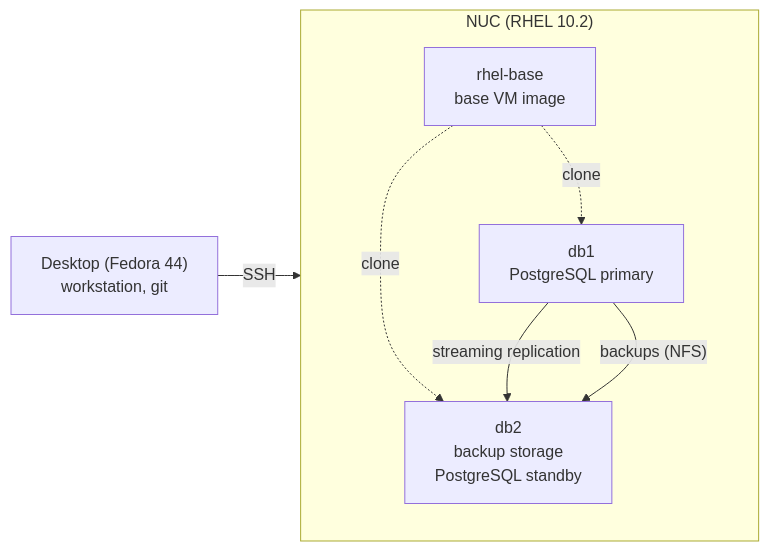
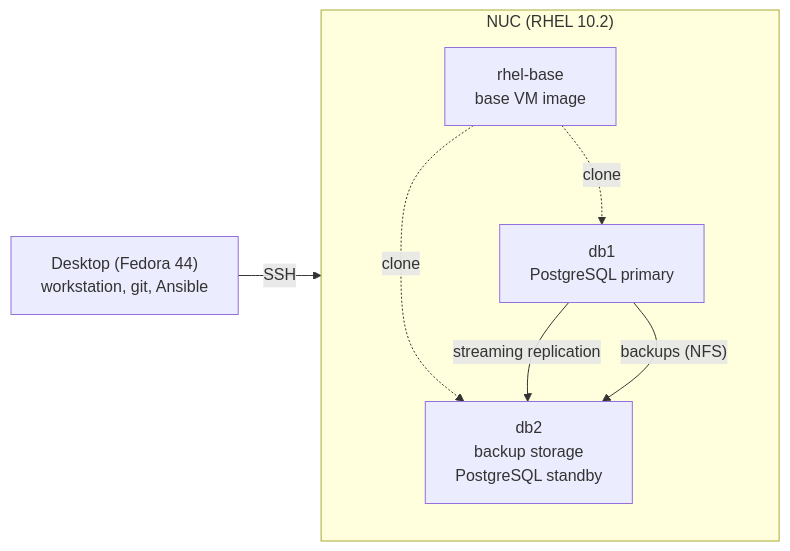
One commit to marin-orejas/rhel-data-platform changed the diagram in README.md. Above: the diagram before and after it, drawn with Mermaid. The commit also changed other lines of this file and 3 other files, not shown here.

````diff
--- a/README.md
+++ b/README.md
@@ -22,14 +22,14 @@
 ```mermaid
 flowchart LR
-    desk["Desktop (Fedora 44)<br/>workstation, git"]
+    desk["Desktop (Fedora 44)<br/>workstation, git, Ansible"]
     subgraph nuc["NUC (RHEL 10.2)"]
         base["rhel-base<br/>base VM image"]
         db1["db1<br/>PostgreSQL primary"]
         db2["db2<br/>backup storage<br/>PostgreSQL standby"]
         base -. clone .-> db1
         base -. clone .-> db2
         db1 -- "streaming replication" --> db2
         db1 -- "backups (NFS)" --> db2
     end
     desk -- SSH --> nuc
 ```
````
